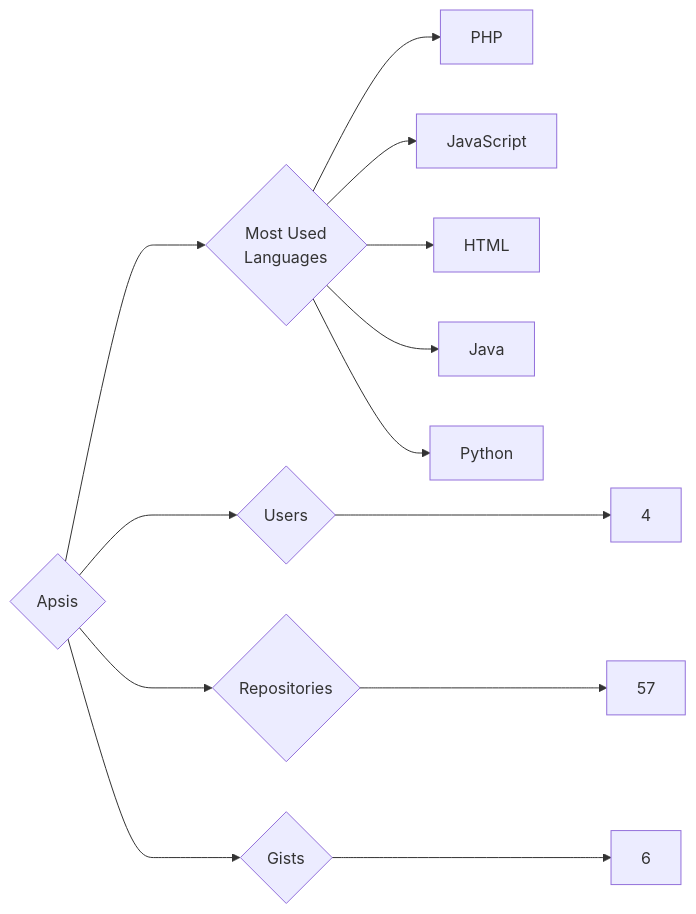
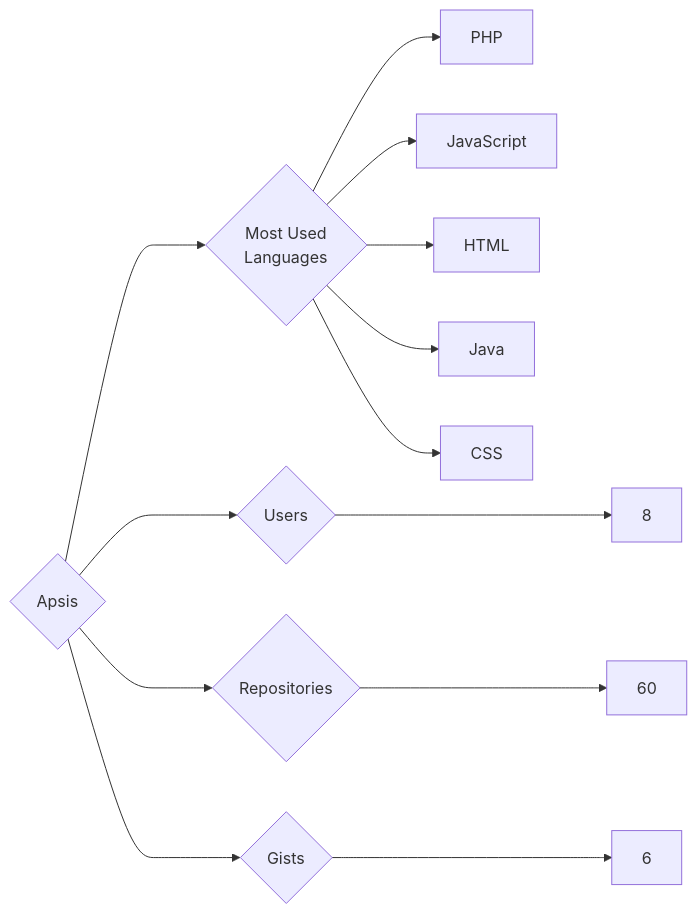
Before and after one commit to trickest/insiders: the diagram in targets/Apsis/README.md, drawn with Mermaid. The commit also changed 1166 other files, not shown here.

````diff
--- a/targets/Apsis/README.md
+++ b/targets/Apsis/README.md
@@ -3,13 +3,13 @@
 ```mermaid
 graph LR
 COMPANY_NAME{Apsis}
-COMPANY_NAME ---> U{Users} ---> UN[4]
-COMPANY_NAME ---> R{Repositories} ---> RN[57]
+COMPANY_NAME ---> U{Users} ---> UN[8]
+COMPANY_NAME ---> R{Repositories} ---> RN[60]
 COMPANY_NAME ---> G{Gists} ---> GN[6]
 COMPANY_NAME ---> ML{Most Used<br>Languages}
 ML --> PHP[PHP]
 ML --> JavaScript[JavaScript]
 ML --> HTML[HTML]
 ML --> Java[Java]
-ML --> Python[Python]
+ML --> CSS[CSS]
 ```
````
